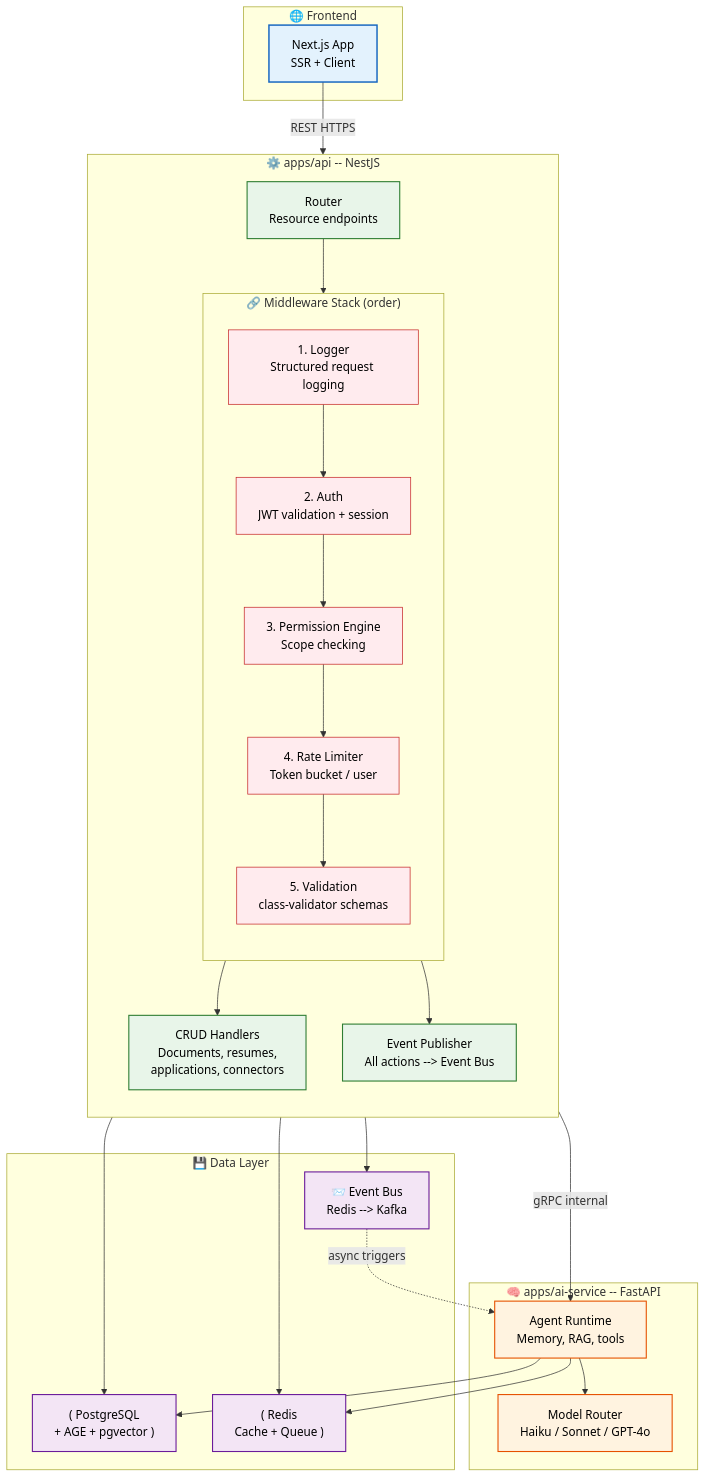
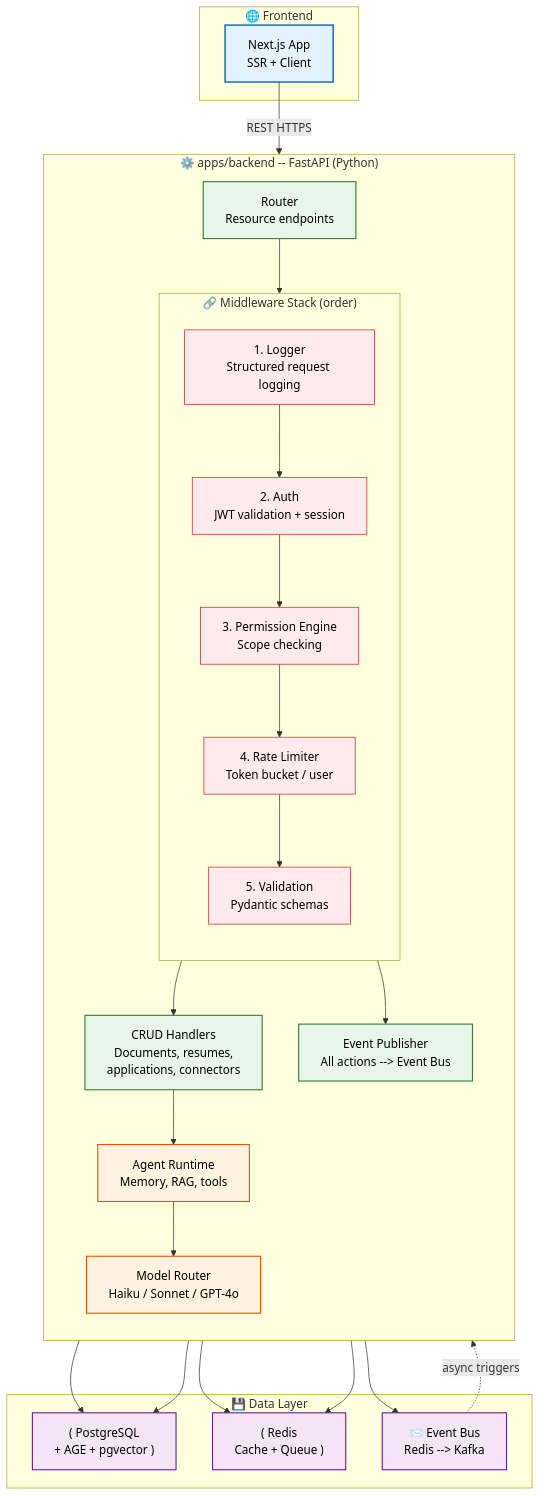
The diagram in docs/backend/Backend-Architecture.md (Driftloom/Vaeloom), drawn with Mermaid before and after one commit. The commit also changed other lines of this file and 159 other files, not shown here.

````diff
--- a/docs/backend/Backend-Architecture.md
+++ b/docs/backend/Backend-Architecture.md
@@ -11,57 +10,54 @@
 ```mermaid
 graph TD
     classDef front fill:#e3f2fd,stroke:#1565c0,color:#000,stroke-width:2px
     classDef api fill:#e8f5e9,stroke:#2e7d32,color:#000,stroke-width:1.5px
     classDef ai fill:#fff3e0,stroke:#e65100,color:#000,stroke-width:1.5px
     classDef infra fill:#f3e5f5,stroke:#6a1b9a,color:#000,stroke-width:1.5px
     classDef mw fill:#ffebee,stroke:#c62828,color:#000,stroke-width:1px
 
     subgraph Frontend["🌐 Frontend"]
         WEB["Next.js App<br/>SSR + Client"]
     end
 
-    subgraph Backend["⚙️ apps/api -- NestJS"]
+    subgraph Backend["⚙️ apps/backend -- FastAPI (Python)"]
         direction TB
         B1["Router<br/>Resource endpoints"]
 
         subgraph Middleware["🔗 Middleware Stack (order)"]
             direction TB
             M1["1. Logger<br/>Structured request logging"]
             M2["2. Auth<br/>JWT validation + session"]
             M3["3. Permission Engine<br/>Scope checking"]
             M4["4. Rate Limiter<br/>Token bucket / user"]
-            M5["5. Validation<br/>class-validator schemas"]
+            M5["5. Validation<br/>Pydantic schemas"]
         end
 
         B2["CRUD Handlers<br/>Documents, resumes,\napplications, connectors"]
         B3["Event Publisher<br/>All actions --> Event Bus"]
-    end
-
-    subgraph AIService["🧠 apps/ai-service -- FastAPI"]
         A1["Agent Runtime<br/>Memory, RAG, tools"]
         A2["Model Router<br/>Haiku / Sonnet / GPT-4o"]
     end
 
     subgraph Data["💾 Data Layer"]
         PG["( PostgreSQL<br/>+ AGE + pgvector )"]
         REDIS["( Redis<br/>Cache + Queue )"]
         EVENTS["📨 Event Bus<br/>Redis --> Kafka"]
     end
 
     WEB -->|REST HTTPS| B1
     B1 --> M1 --> M2 --> M3 --> M4 --> M5
     M5 --> B2 & B3
-    B2 -->|gRPC internal| A1
+    B2 --> A1
     A1 --> A2
     B2 --> PG & REDIS
     A1 --> PG & REDIS
     B3 --> EVENTS
     EVENTS -.->|async triggers| A1
 
     class WEB front
     class B1,B2,B3 api
     class M1,M2,M3,M4,M5 mw
     class A1,A2 ai
     class PG,REDIS,EVENTS infra
 
 ```
````
